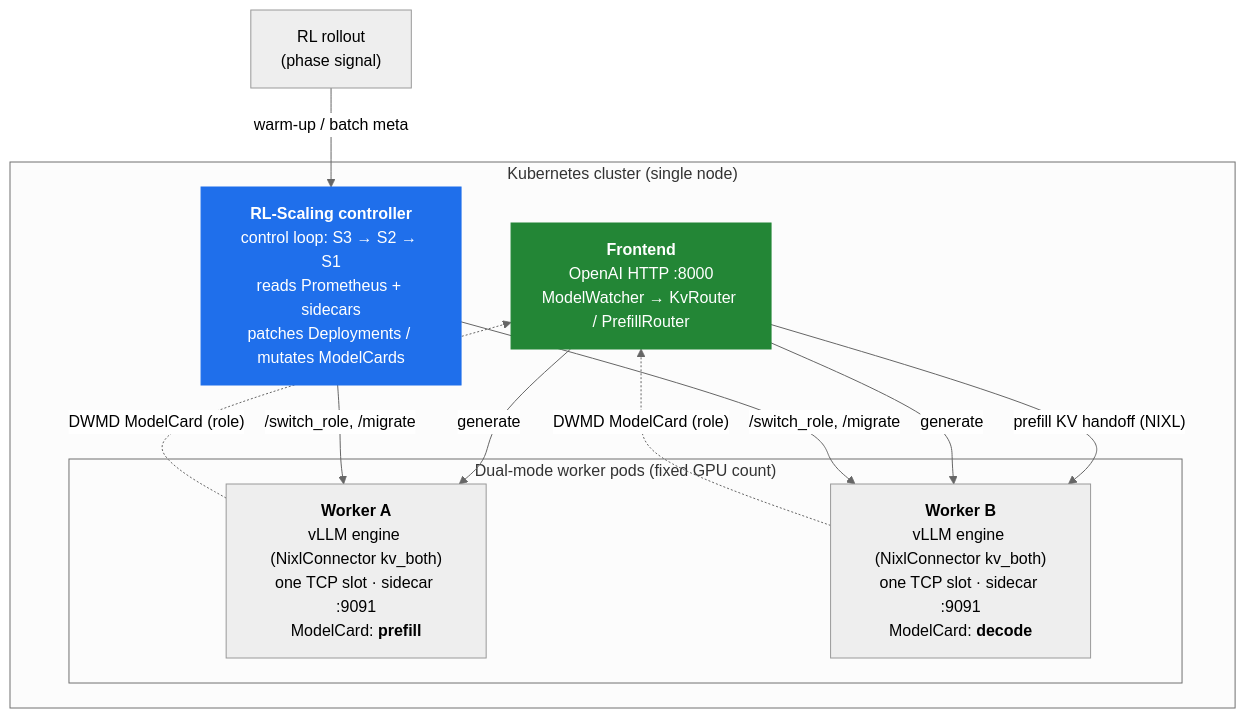
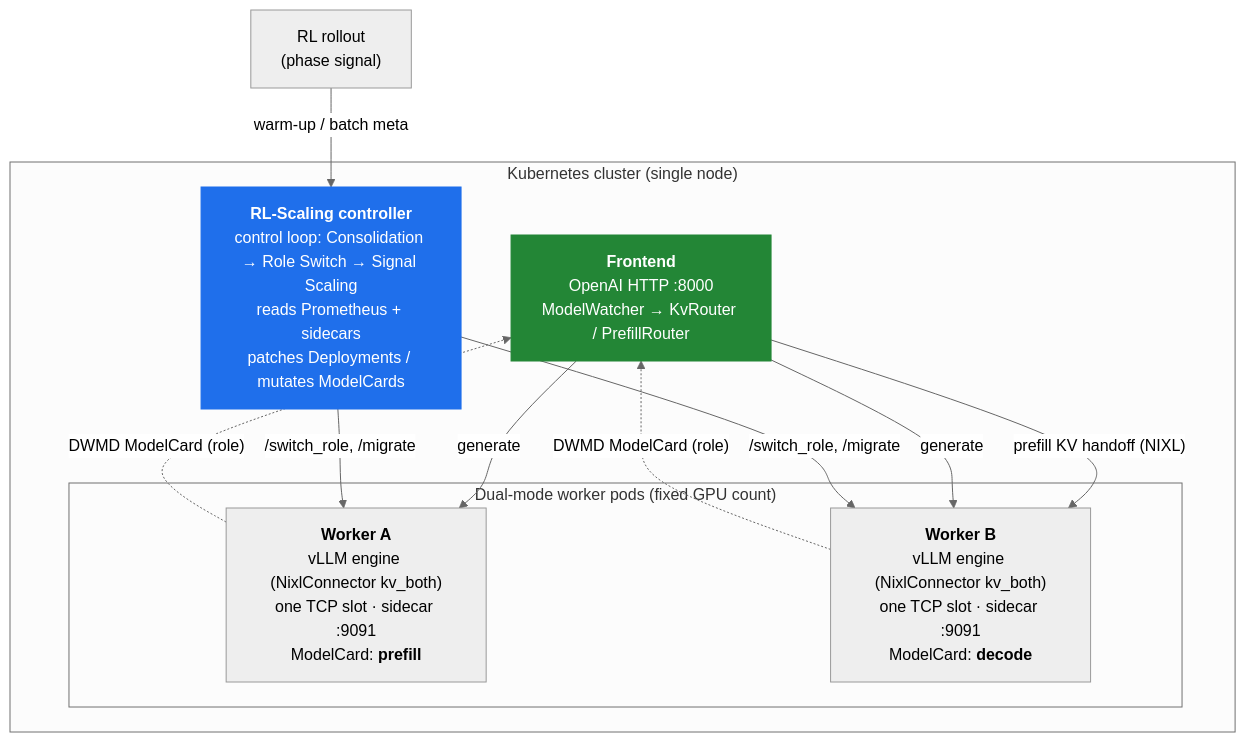
The first of 2 diagrams in README.md (shqizhang/RL-Scaling), drawn with Mermaid (neutral theme) before and after one commit. The commit also changed other lines of this file and 1 other file, not shown here.

First line of the commit message:
docs: rename S1/S2/S3 to Signal Scaling / Role Switch / Consolidation in READMEs

````diff
--- a/README.md
+++ b/README.md
@@ -31,27 +31,27 @@
 ```mermaid
 flowchart TB
     subgraph K8s["Kubernetes cluster (single node)"]
         FE["<b>Frontend</b><br/>OpenAI HTTP :8000<br/>ModelWatcher → KvRouter / PrefillRouter"]
 
         subgraph Pods["Dual-mode worker pods (fixed GPU count)"]
             W1["<b>Worker A</b><br/>vLLM engine (NixlConnector kv_both)<br/>one TCP slot · sidecar :9091<br/>ModelCard: <b>prefill</b>"]
             W2["<b>Worker B</b><br/>vLLM engine (NixlConnector kv_both)<br/>one TCP slot · sidecar :9091<br/>ModelCard: <b>decode</b>"]
         end
 
-        CTRL["<b>RL-Scaling controller</b><br/>control loop: S3 → S2 → S1<br/>reads Prometheus + sidecars<br/>patches Deployments / mutates ModelCards"]
+        CTRL["<b>RL-Scaling controller</b><br/>control loop: Consolidation → Role Switch → Signal Scaling<br/>reads Prometheus + sidecars<br/>patches Deployments / mutates ModelCards"]
     end
 
     RL["RL rollout<br/>(phase signal)"] -->|"warm-up / batch meta"| CTRL
     FE -->|"prefill KV handoff (NIXL)"| W2
     FE -->|generate| W1
     FE -->|generate| W2
     W1 -. "DWMD ModelCard (role)" .-> FE
     W2 -. "DWMD ModelCard (role)" .-> FE
     CTRL -->|"/switch_role, /migrate"| W1
     CTRL -->|"/switch_role, /migrate"| W2
 
     classDef ctrl fill:#1f6feb,color:#fff,stroke:#1f6feb;
     classDef fe fill:#238636,color:#fff,stroke:#238636;
     class CTRL ctrl;
     class FE fe;
 ```
````
